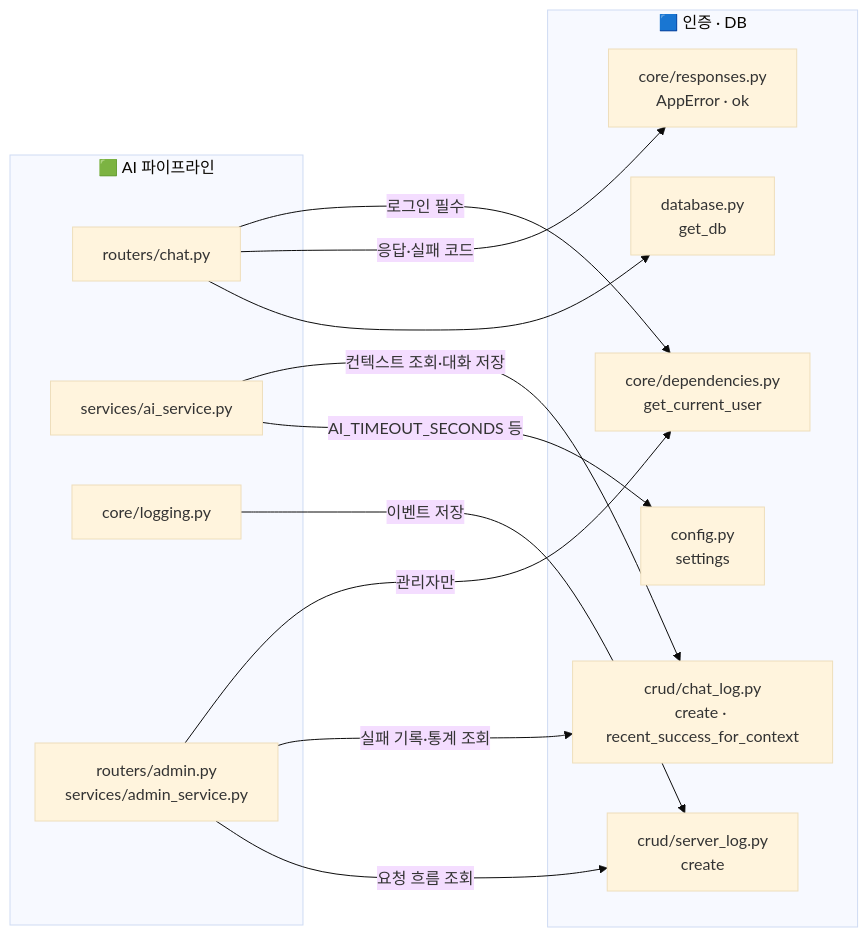
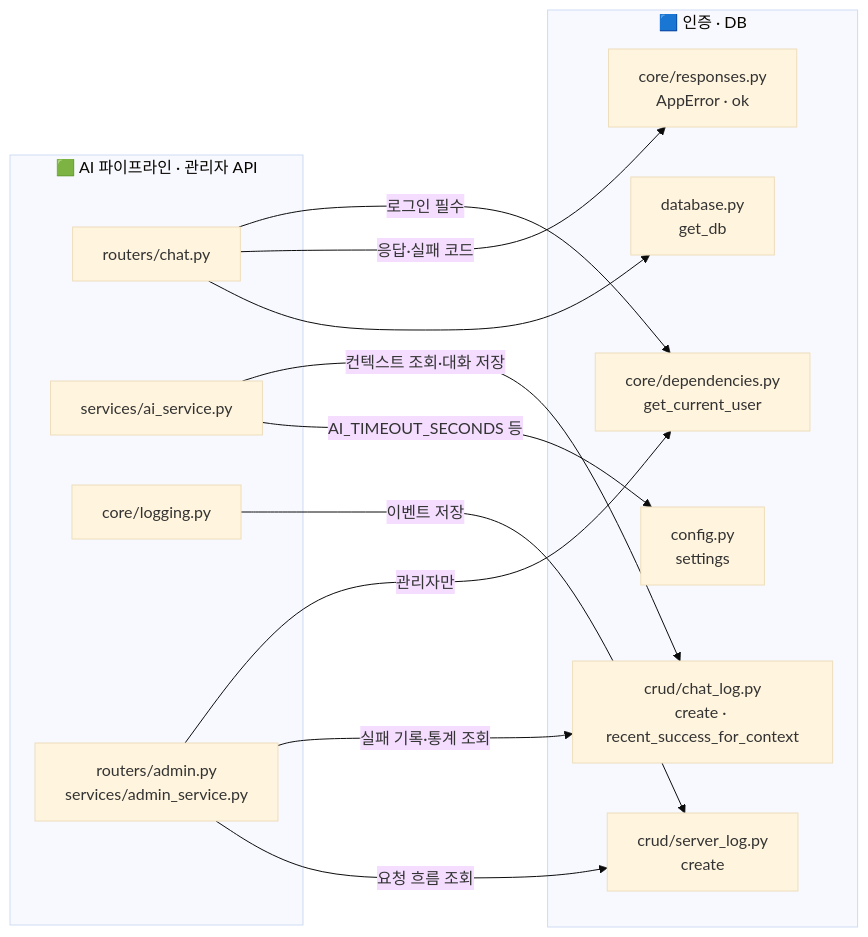
The diagram in backend/README.md (b7-1-chatbot-team/B7-1-chatbot), drawn with Mermaid (base theme) before and after one commit. The commit also changed other lines of this file and 14 other files, not shown here.

````diff
--- a/backend/README.md
+++ b/backend/README.md
@@ -119,26 +120,26 @@
 ```mermaid
 flowchart LR
-    subgraph 박성현["🟩 AI 파이프라인"]
+    subgraph AITRACK["🟩 AI 파이프라인 · 관리자 API"]
         CH[routers/chat.py]
         AI[services/ai_service.py]
         LG[core/logging.py]
         AD[routers/admin.py<br/>services/admin_service.py]
     end
-    subgraph 성원모["🟦 인증 · DB"]
+    subgraph AUTHTRACK["🟦 인증 · DB"]
         DEP[core/dependencies.py<br/>get_current_user]
         RESP[core/responses.py<br/>AppError · ok]
         CR[crud/chat_log.py<br/>create · recent_success_for_context]
         SL[crud/server_log.py<br/>create]
         CFG[config.py<br/>settings]
         DB[database.py<br/>get_db]
     end
     CH -->|로그인 필수| DEP
     CH -->|응답·실패 코드| RESP
     CH --> DB
     AI -->|컨텍스트 조회·대화 저장| CR
     AI -->|AI_TIMEOUT_SECONDS 등| CFG
     LG -->|이벤트 저장| SL
     AD -->|관리자만| DEP
     AD -->|실패 기록·통계 조회| CR
     AD -->|요청 흐름 조회| SL
 ```
````
